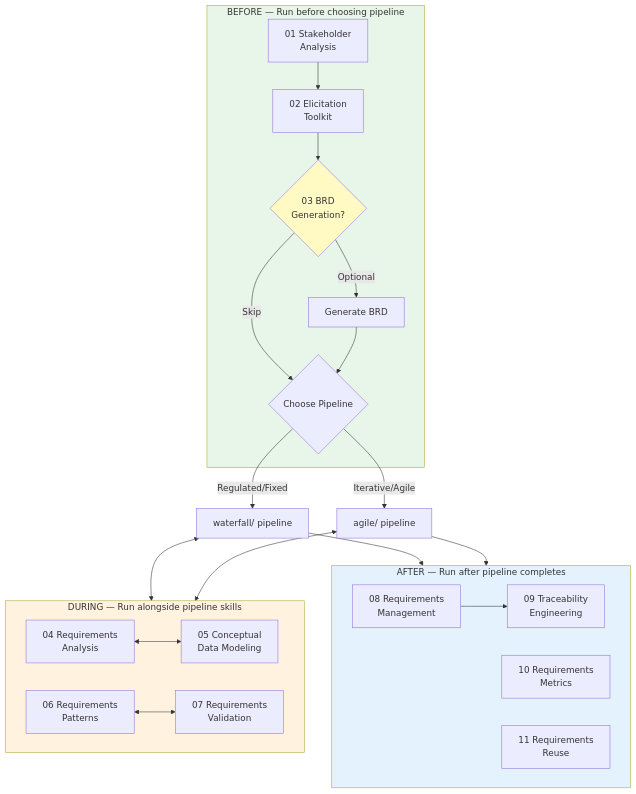
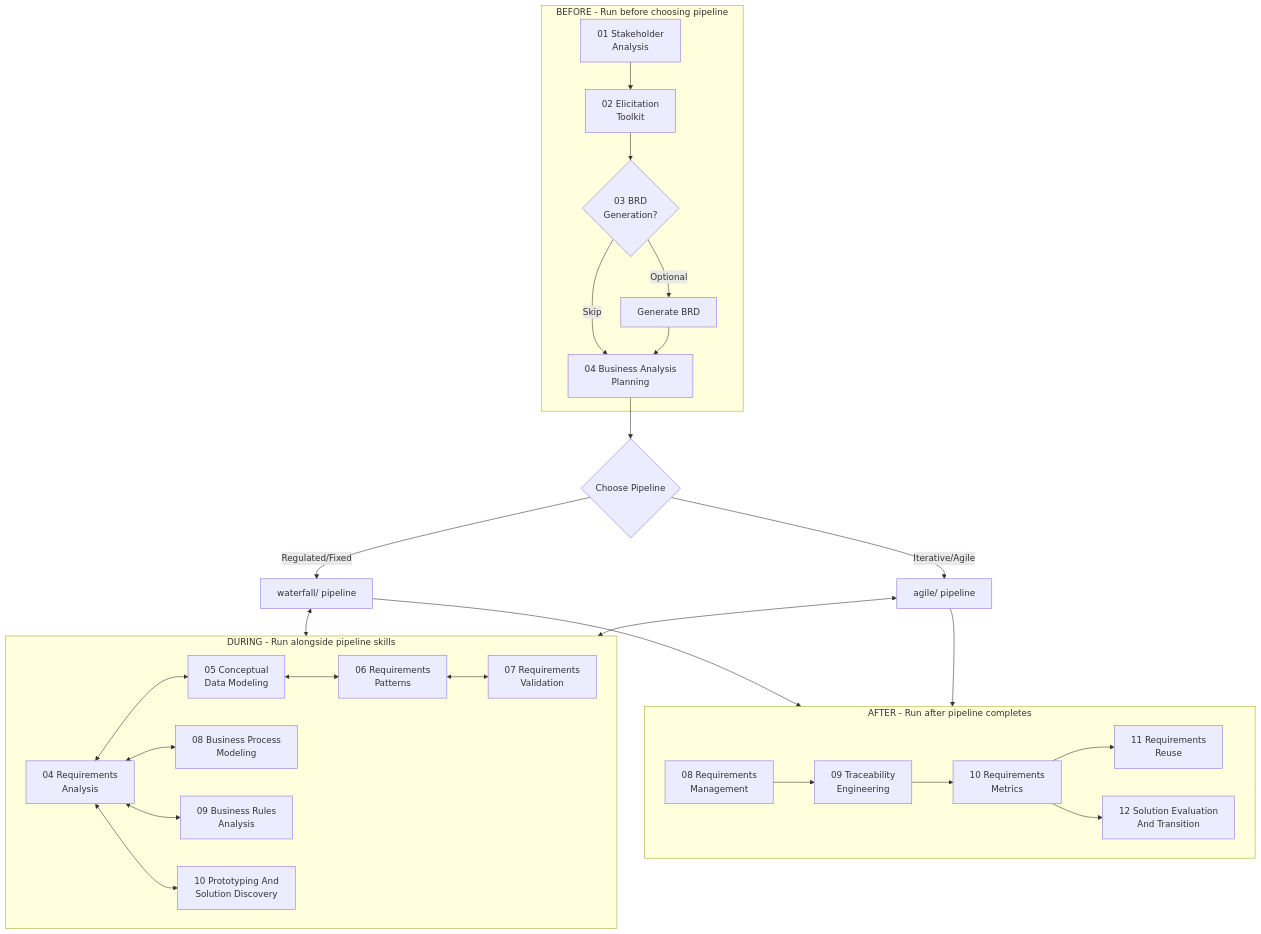
Before and after one commit to peterbamuhigire/srs-skills: the diagram in 02-requirements-engineering/fundamentals/README.md, drawn with Mermaid. The commit also changed other lines of this file and 17 other files, not shown here.

````diff
--- a/02-requirements-engineering/fundamentals/README.md
+++ b/02-requirements-engineering/fundamentals/README.md
@@ -12,35 +15,36 @@
 ```mermaid
 flowchart TD
-    subgraph BEFORE["BEFORE — Run before choosing pipeline"]
+    subgraph BEFORE["BEFORE - Run before choosing pipeline"]
         S01[01 Stakeholder<br/>Analysis] --> S02[02 Elicitation<br/>Toolkit]
         S02 --> S03{03 BRD<br/>Generation?}
         S03 -->|Optional| BRD[Generate BRD]
-        S03 -->|Skip| CHOOSE
-        BRD --> CHOOSE
+        S03 -->|Skip| S04B[04 Business Analysis<br/>Planning]
+        BRD --> S04B
     end
 
-    CHOOSE{Choose Pipeline} -->|Regulated/Fixed| WF[waterfall/ pipeline]
+    S04B --> CHOOSE{Choose Pipeline}
+    CHOOSE -->|Regulated/Fixed| WF[waterfall/ pipeline]
     CHOOSE -->|Iterative/Agile| AG[agile/ pipeline]
 
-    subgraph DURING["DURING — Run alongside pipeline skills"]
+    subgraph DURING["DURING - Run alongside pipeline skills"]
         S04[04 Requirements<br/>Analysis] <--> S05[05 Conceptual<br/>Data Modeling]
-        S06[06 Requirements<br/>Patterns] <--> S07[07 Requirements<br/>Validation]
+        S05 <--> S06[06 Requirements<br/>Patterns]
+        S06 <--> S07[07 Requirements<br/>Validation]
+        S04 <--> S08[08 Business Process<br/>Modeling]
+        S04 <--> S09[09 Business Rules<br/>Analysis]
+        S04 <--> S10[10 Prototyping And<br/>Solution Discovery]
     end
 
     WF <--> DURING
     AG <--> DURING
 
-    subgraph AFTER["AFTER — Run after pipeline completes"]
-        S08[08 Requirements<br/>Management] --> S09[09 Traceability<br/>Engineering]
-        S10[10 Requirements<br/>Metrics]
-        S11[11 Requirements<br/>Reuse]
+    subgraph AFTER["AFTER - Run after pipeline completes"]
+        S08A[08 Requirements<br/>Management] --> S09A[09 Traceability<br/>Engineering]
+        S09A --> S10A[10 Requirements<br/>Metrics]
+        S10A --> S11A[11 Requirements<br/>Reuse]
+        S10A --> S12A[12 Solution Evaluation<br/>And Transition]
     end
 
     WF --> AFTER
     AG --> AFTER
-
-    style BEFORE fill:#e8f5e9
-    style DURING fill:#fff3e0
-    style AFTER fill:#e3f2fd
-    style S03 fill:#fff9c4
 ```
````
